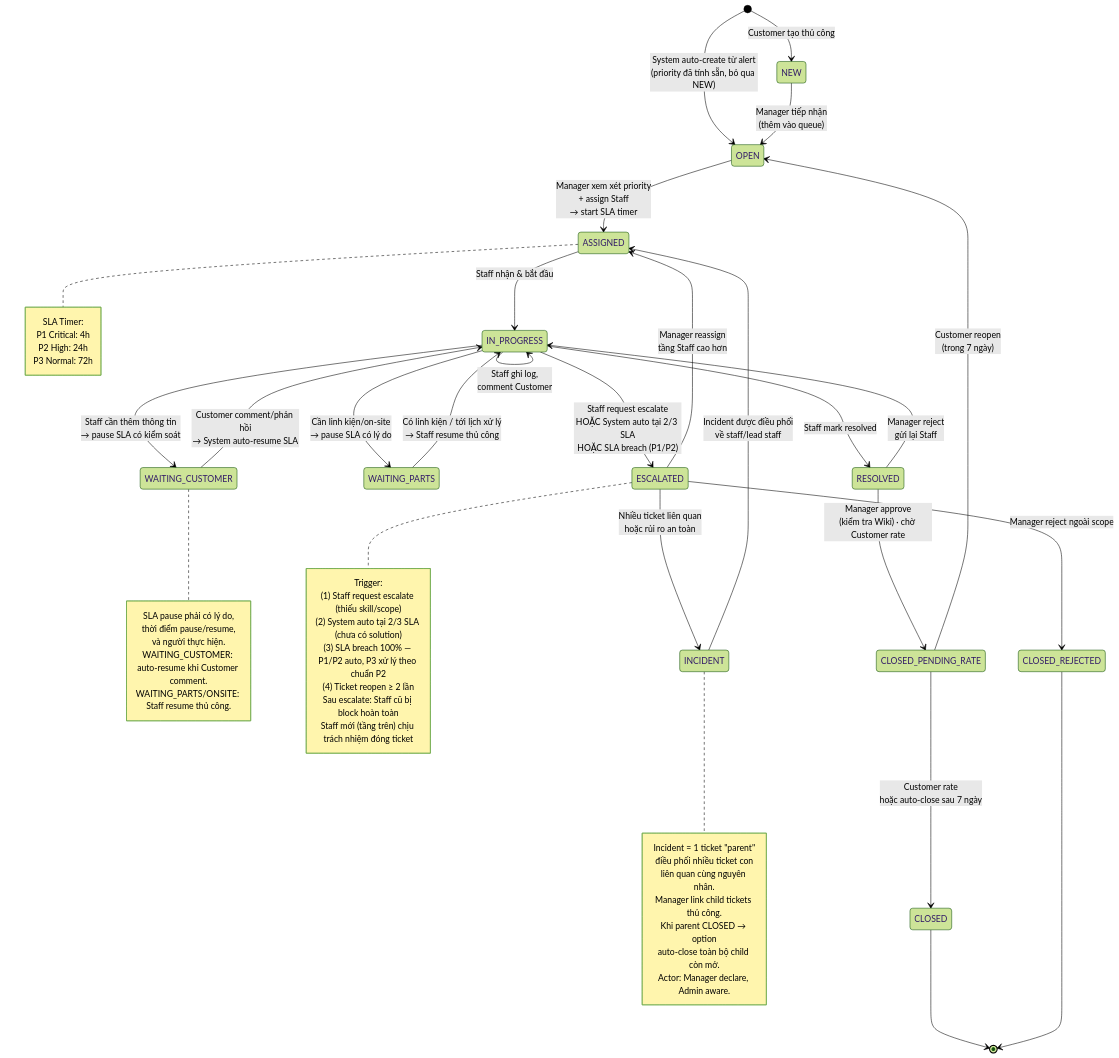
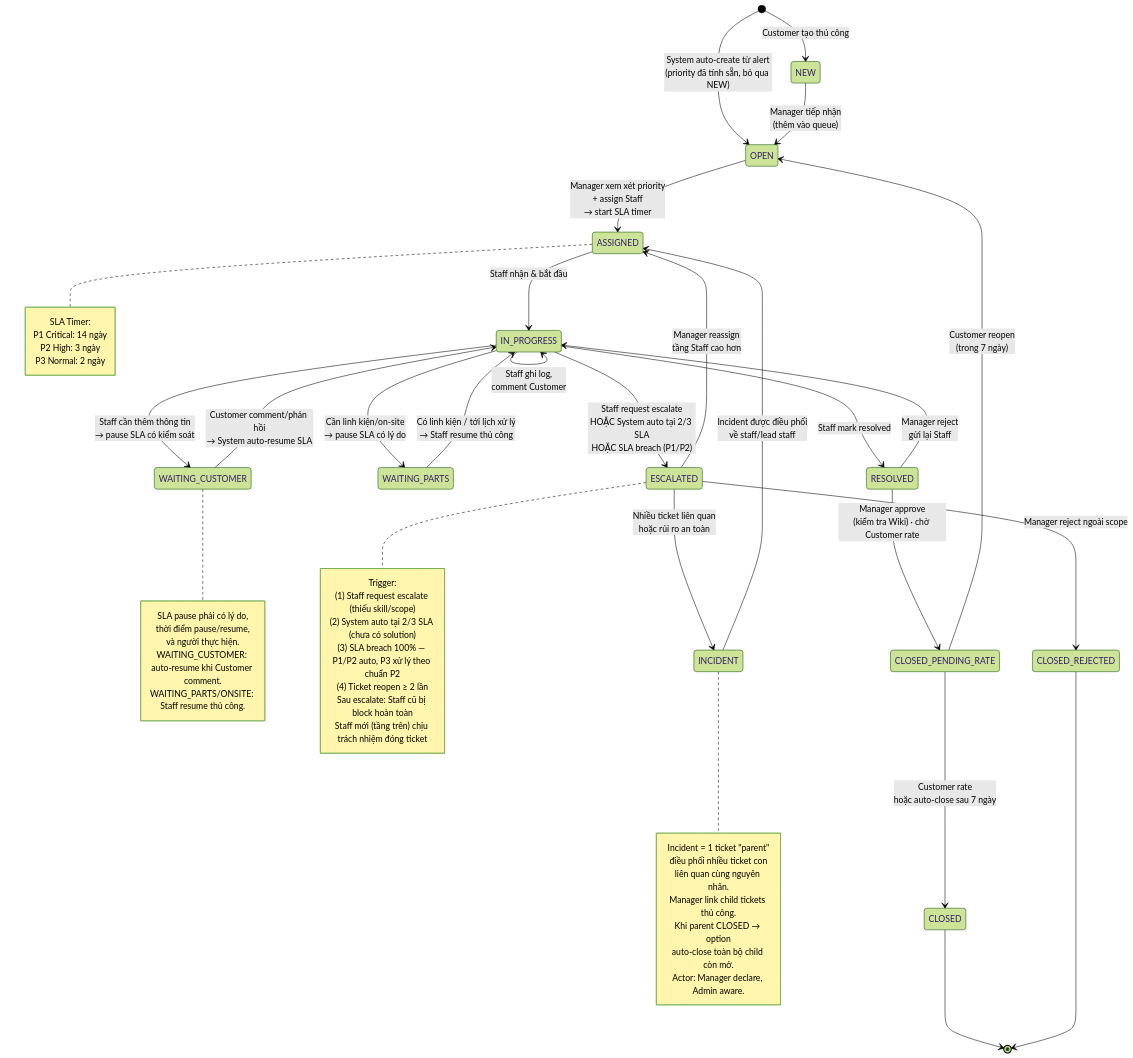
The third of 8 diagrams in .claude/docs/core-business-flow.md (GSU26SE55/backend), drawn with Mermaid (forest theme) before and after one commit. The commit also changed other lines of this file and 21 other files, not shown here.

````diff
--- a/.claude/docs/core-business-flow.md
+++ b/.claude/docs/core-business-flow.md
@@ -244,68 +244,68 @@
 ```mermaid
 stateDiagram-v2
     [*] --> NEW : Customer tạo thủ công
     [*] --> OPEN : System auto-create từ alert<br/>(priority đã tính sẵn, bỏ qua NEW)
 
     NEW --> OPEN : Manager tiếp nhận<br/>(thêm vào queue)
     OPEN --> ASSIGNED : Manager xem xét priority<br/>+ assign Staff<br/>→ start SLA timer
 
     ASSIGNED --> IN_PROGRESS : Staff nhận & bắt đầu
     IN_PROGRESS --> IN_PROGRESS : Staff ghi log,<br/>comment Customer
 
     IN_PROGRESS --> WAITING_CUSTOMER : Staff cần thêm thông tin<br/>→ pause SLA có kiểm soát
     WAITING_CUSTOMER --> IN_PROGRESS : Customer comment/phản hồi<br/>→ System auto-resume SLA
     IN_PROGRESS --> WAITING_PARTS : Cần linh kiện/on-site<br/>→ pause SLA có lý do
     WAITING_PARTS --> IN_PROGRESS : Có linh kiện / tới lịch xử lý<br/>→ Staff resume thủ công
 
     IN_PROGRESS --> RESOLVED : Staff mark resolved
     IN_PROGRESS --> ESCALATED : Staff request escalate<br/>HOẶC System auto tại 2/3 SLA<br/>HOẶC SLA breach (P1/P2)
 
     ESCALATED --> ASSIGNED : Manager reassign<br/>tầng Staff cao hơn
     ESCALATED --> INCIDENT : Nhiều ticket liên quan<br/>hoặc rủi ro an toàn
     ESCALATED --> CLOSED_REJECTED : Manager reject ngoài scope
 
     INCIDENT --> ASSIGNED : Incident được điều phối<br/>về staff/lead staff
 
     RESOLVED --> CLOSED_PENDING_RATE : Manager approve<br/>(kiểm tra Wiki) · chờ Customer rate
     CLOSED_PENDING_RATE --> CLOSED : Customer rate<br/>hoặc auto-close sau 7 ngày
     RESOLVED --> IN_PROGRESS : Manager reject<br/>gửi lại Staff
     CLOSED_PENDING_RATE --> OPEN : Customer reopen<br/>(trong 7 ngày)
 
     CLOSED --> [*]
     CLOSED_REJECTED --> [*]
 
     note right of ASSIGNED
         SLA Timer:
-        P1 Critical: 4h
-        P2 High: 24h
-        P3 Normal: 72h
+        P1 Critical: 14 ngày
+        P2 High: 3 ngày
+        P3 Normal: 2 ngày
     end note
 
     note right of WAITING_CUSTOMER
         SLA pause phải có lý do,
         thời điểm pause/resume,
         và người thực hiện.
         WAITING_CUSTOMER: auto-resume khi Customer comment.
         WAITING_PARTS/ONSITE: Staff resume thủ công.
     end note
 
     note right of ESCALATED
         Trigger:
         (1) Staff request escalate (thiếu skill/scope)
         (2) System auto tại 2/3 SLA (chưa có solution)
         (3) SLA breach 100% — P1/P2 auto, P3 xử lý theo chuẩn P2
         (4) Ticket reopen ≥ 2 lần
         Sau escalate: Staff cũ bị block hoàn toàn
         Staff mới (tầng trên) chịu trách nhiệm đóng ticket
     end note
 
     note right of INCIDENT
         Incident = 1 ticket "parent"
         điều phối nhiều ticket con
         liên quan cùng nguyên nhân.
         Manager link child tickets thủ công.
         Khi parent CLOSED → option
         auto-close toàn bộ child còn mở.
         Actor: Manager declare, Admin aware.
     end note
 ```
````
